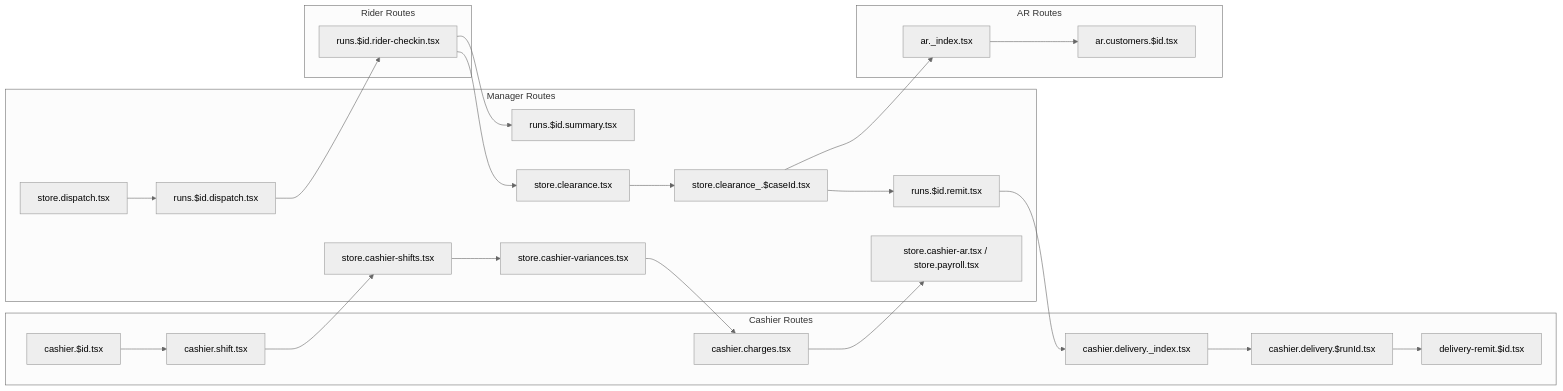
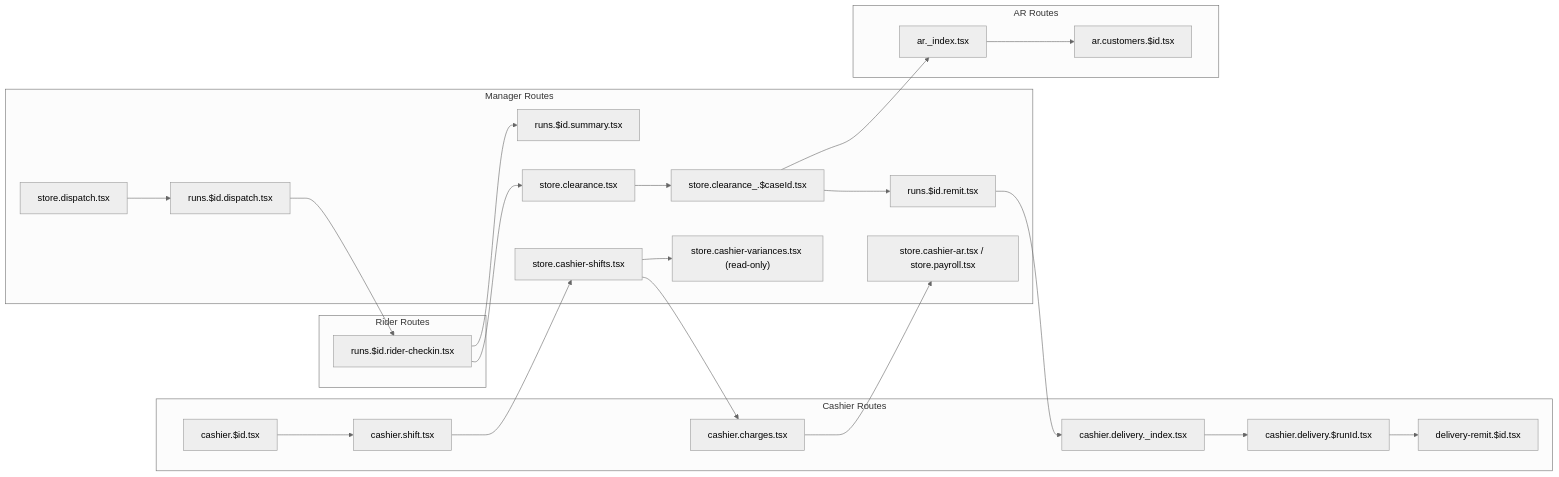
One commit to helloword214/zmstore-pos changed the fourth of 5 diagrams in docs/guide/DIAGRAMS_DELIVERY_CSS_AR.md. Above: the diagram before and after it, drawn with Mermaid (neutral theme). The commit also changed other lines of this file and 6 other files, not shown here.

Commit message:
docs(governance): enforce flow-doc sync and align cashier variance canonical flow (#18)

````diff
--- a/docs/guide/DIAGRAMS_DELIVERY_CSS_AR.md
+++ b/docs/guide/DIAGRAMS_DELIVERY_CSS_AR.md
@@ -85,38 +88,39 @@
 ```mermaid
 flowchart LR
     subgraph Manager["Manager Routes"]
         M0["store.dispatch.tsx"]
         M1["runs.$id.dispatch.tsx"]
         M2["runs.$id.summary.tsx"]
         M3["store.clearance.tsx"]
         M4["store.clearance_.$caseId.tsx"]
         M5["runs.$id.remit.tsx"]
         M6["store.cashier-shifts.tsx"]
-        M7["store.cashier-variances.tsx"]
+        M7["store.cashier-variances.tsx (read-only)"]
         M8["store.cashier-ar.tsx / store.payroll.tsx"]
     end
 
     subgraph Rider["Rider Routes"]
         R1["runs.$id.rider-checkin.tsx"]
     end
 
     subgraph Cashier["Cashier Routes"]
         C1["cashier.delivery._index.tsx"]
         C2["cashier.delivery.$runId.tsx"]
         C3["delivery-remit.$id.tsx"]
         C4["cashier.$id.tsx"]
         C5["cashier.shift.tsx"]
         C6["cashier.charges.tsx"]
     end
 
     subgraph AR["AR Routes"]
         A1["ar._index.tsx"]
         A2["ar.customers.$id.tsx"]
     end
 
     M0 --> M1 --> R1 --> M2
     R1 --> M3 --> M4 --> M5
     M5 --> C1 --> C2 --> C3
-    C4 --> C5 --> M6 --> M7 --> C6 --> M8
+    C4 --> C5 --> M6 --> C6 --> M8
+    M6 --> M7
     M4 --> A1 --> A2
 ```
````
